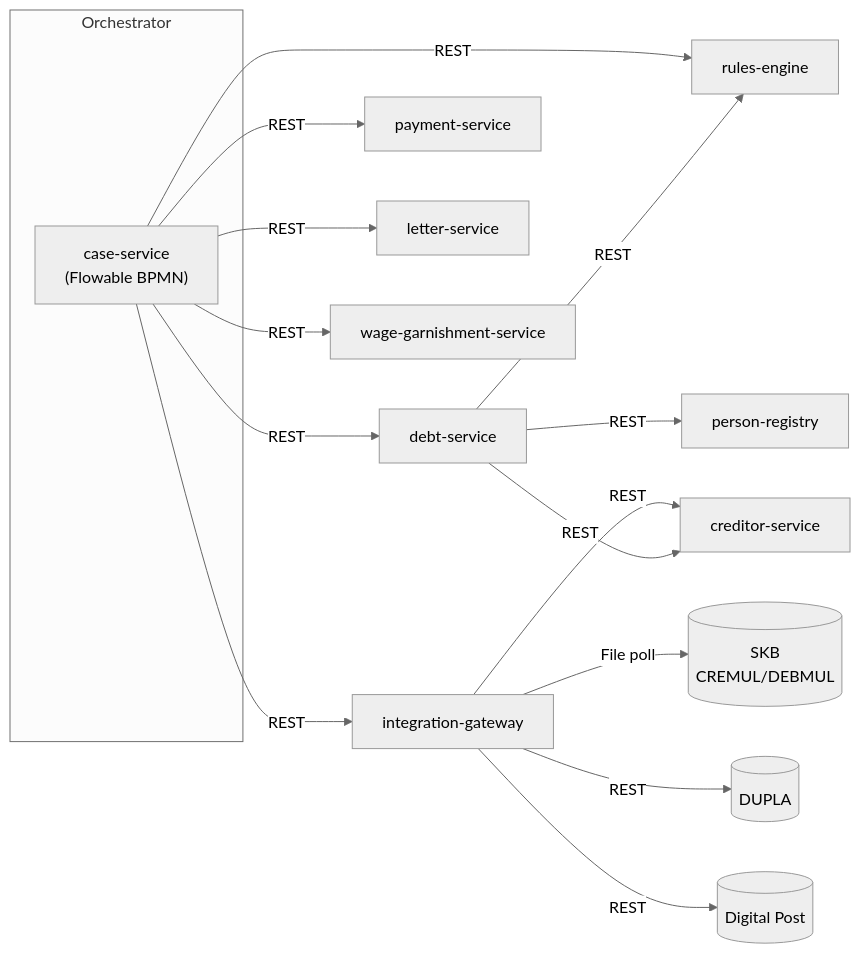
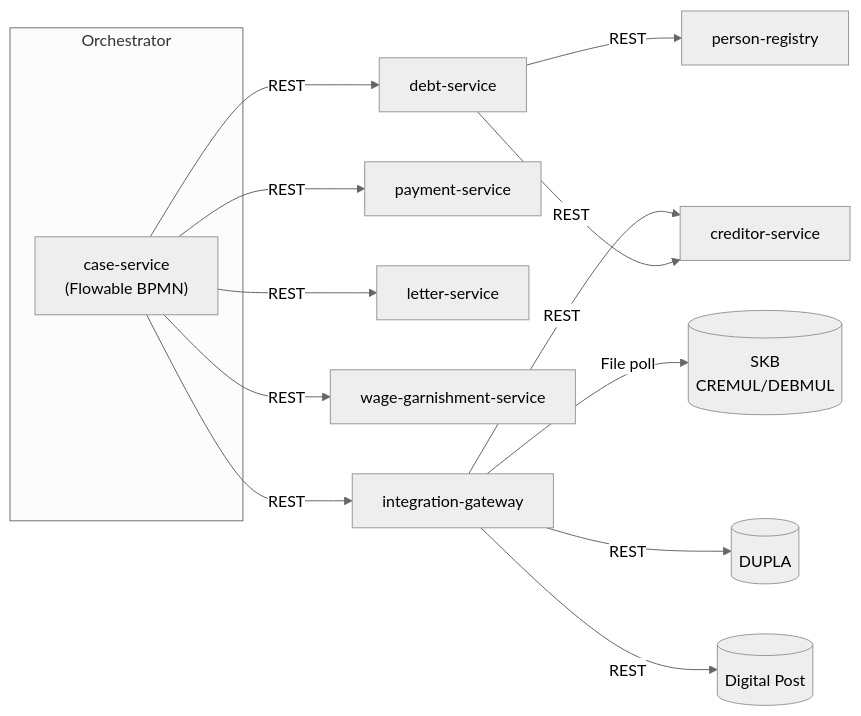
One commit to mfhens/opendebt changed the eighth of 8 diagrams in architecture/overview.md. Above: the diagram before and after it, drawn with Mermaid (neutral theme). The commit also changed other lines of this file and 7 other files, not shown here.

````diff
--- a/architecture/overview.md
+++ b/architecture/overview.md
@@ -507,22 +504,20 @@
 ```mermaid
 flowchart LR
     subgraph Orchestrator
         CS["case-service<br/>(Flowable BPMN)"]
     end
 
     CS -->|REST| DS[debt-service]
-    CS -->|REST| RE[rules-engine]
     CS -->|REST| PS[payment-service]
     CS -->|REST| LS[letter-service]
     CS -->|REST| WG[wage-garnishment-service]
     CS -->|REST| IG[integration-gateway]
 
     IG -->|File poll| SKB[(SKB<br/>CREMUL/DEBMUL)]
     IG -->|REST| DUPLA[(DUPLA)]
     IG -->|REST| DP[(Digital Post)]
     IG -->|REST| CRS[creditor-service]
 
-    DS -->|REST| RE
     DS -->|REST| PR[person-registry]
     DS -->|REST| CRS
 ```
````
